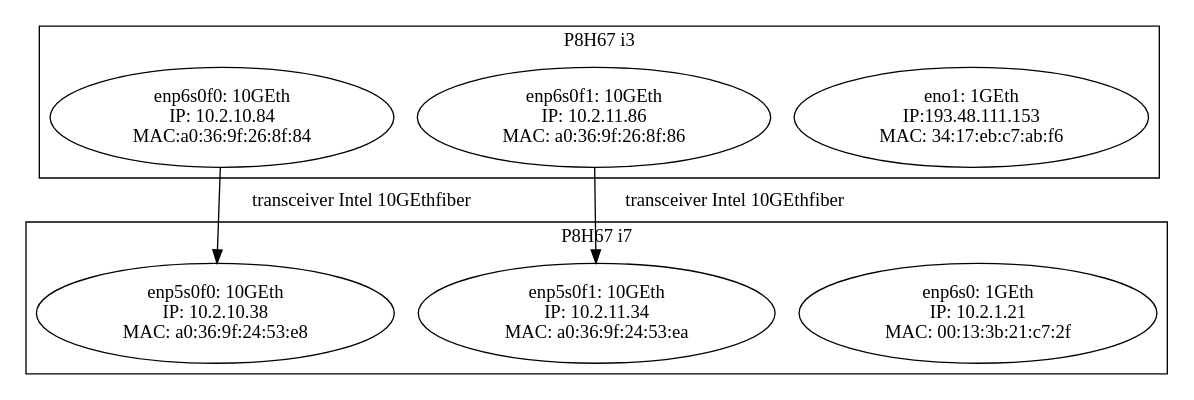
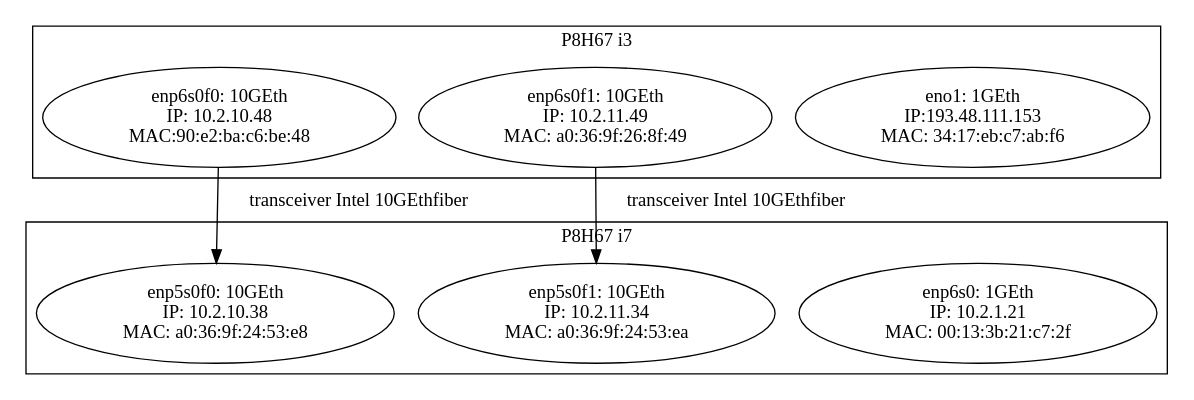
Before and after one commit to AdrielEP/test: the diagram in graph.dot, drawn with Graphviz. The commit also changed 3 other files, not shown here.

```diff
--- a/graph.dot
+++ b/graph.dot
@@ -1,20 +1,20 @@
 digraph REActif_transceiver           
 {
   subgraph cluster_i3
   {label="P8H67 i3"
 	eno1[label="eno1: 1GEth\n IP:193.48.111.153\n MAC: 34:17:eb:c7:ab:f6"]
-	i0f0[label="enp6s0f0: 10GEth\n IP: 10.2.10.84\n MAC:a0:36:9f:26:8f:84"]
-	i0f1[label="enp6s0f1: 10GEth\n IP: 10.2.11.86\n MAC: a0:36:9f:26:8f:86"]
+	i0f0[label="enp6s0f0: 10GEth\n IP: 10.2.10.48\n MAC:90:e2:ba:c6:be:48"]
+	i0f1[label="enp6s0f1: 10GEth\n IP: 10.2.11.49\n MAC: a0:36:9f:26:8f:49"]
   }//i3
 
   subgraph cluster_i7
   {label="P8H67 i7"
 	enp6s0[label="enp6s0: 1GEth\n IP: 10.2.1.21\n MAC: 00:13:3b:21:c7:2f"]
 	i1f0[label="enp5s0f0: 10GEth\n IP: 10.2.10.38\n MAC: a0:36:9f:24:53:e8"]
 	i1f1[label="enp5s0f1: 10GEth\n IP: 10.2.11.34\n MAC: a0:36:9f:24:53:ea"]
   }//i7
 
  i0f0 -> i1f0 [label="transceiver Intel 10GEth\fiber"]
  i0f1 -> i1f1 [label="transceiver Intel 10GEth\fiber"]
 
 }
```
